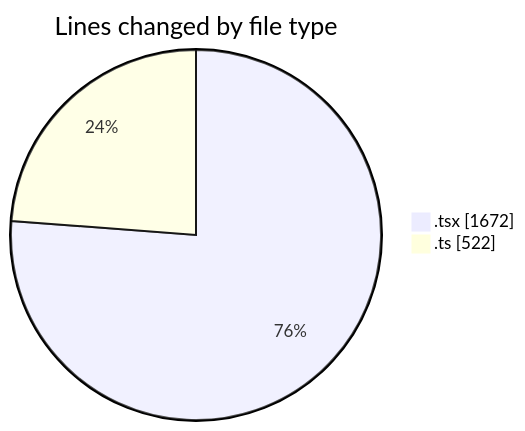
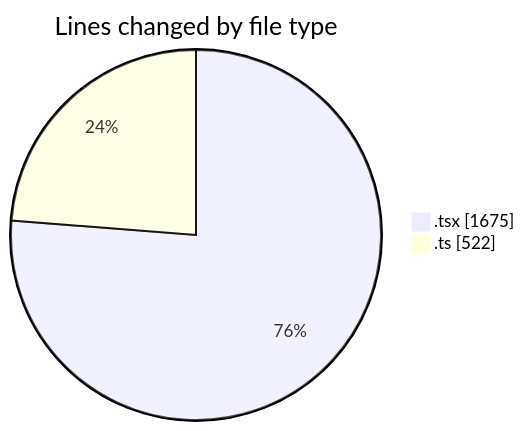
One commit to nxtqubesakshisongat/code-tracking changed the first of 2 diagrams in 2026-04-03/nxtqube_webapp/README.md. Above: the diagram before and after it, drawn with Mermaid. The commit also changed other lines of this file and 1 other file, not shown here.

````diff
--- a/2026-04-03/nxtqube_webapp/README.md
+++ b/2026-04-03/nxtqube_webapp/README.md
@@ -22,6 +22,6 @@
 ```mermaid
 pie showData
 title Lines changed by file type
-".tsx" : 1672
+".tsx" : 1675
 ".ts" : 522
 ```
````
